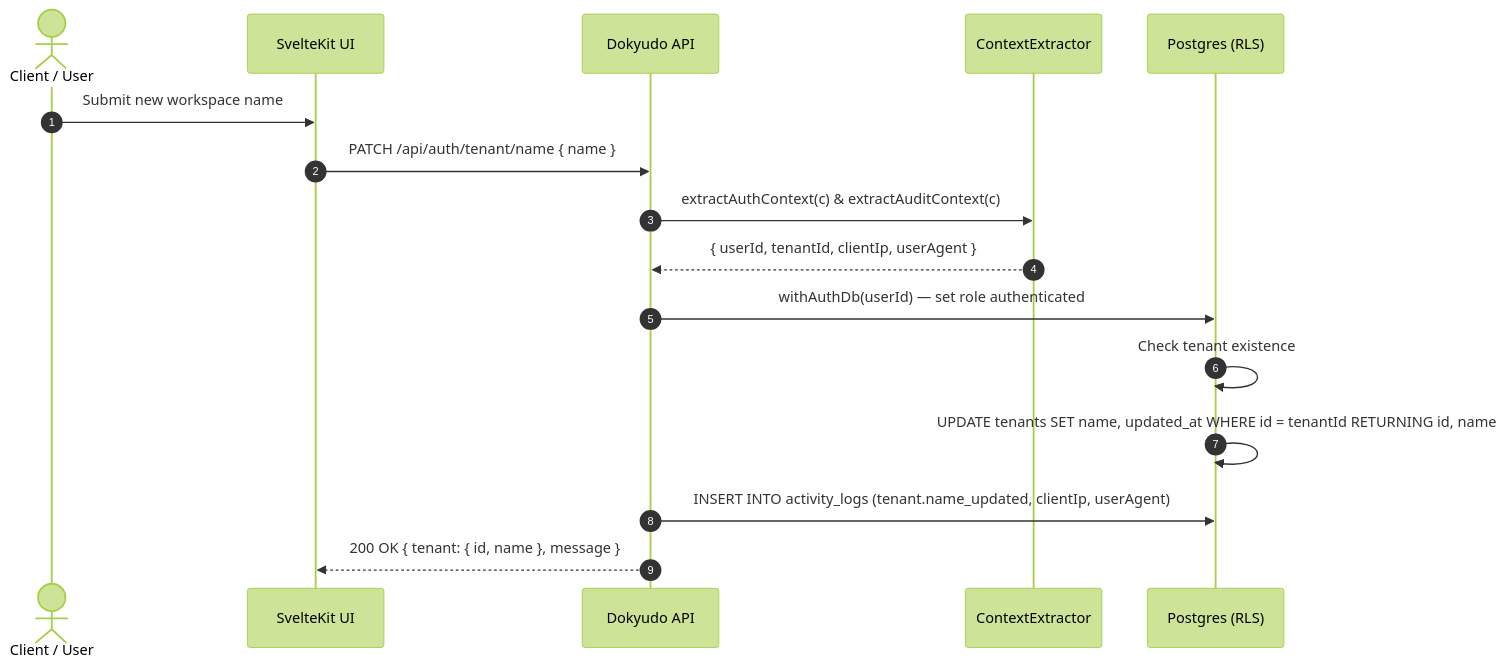
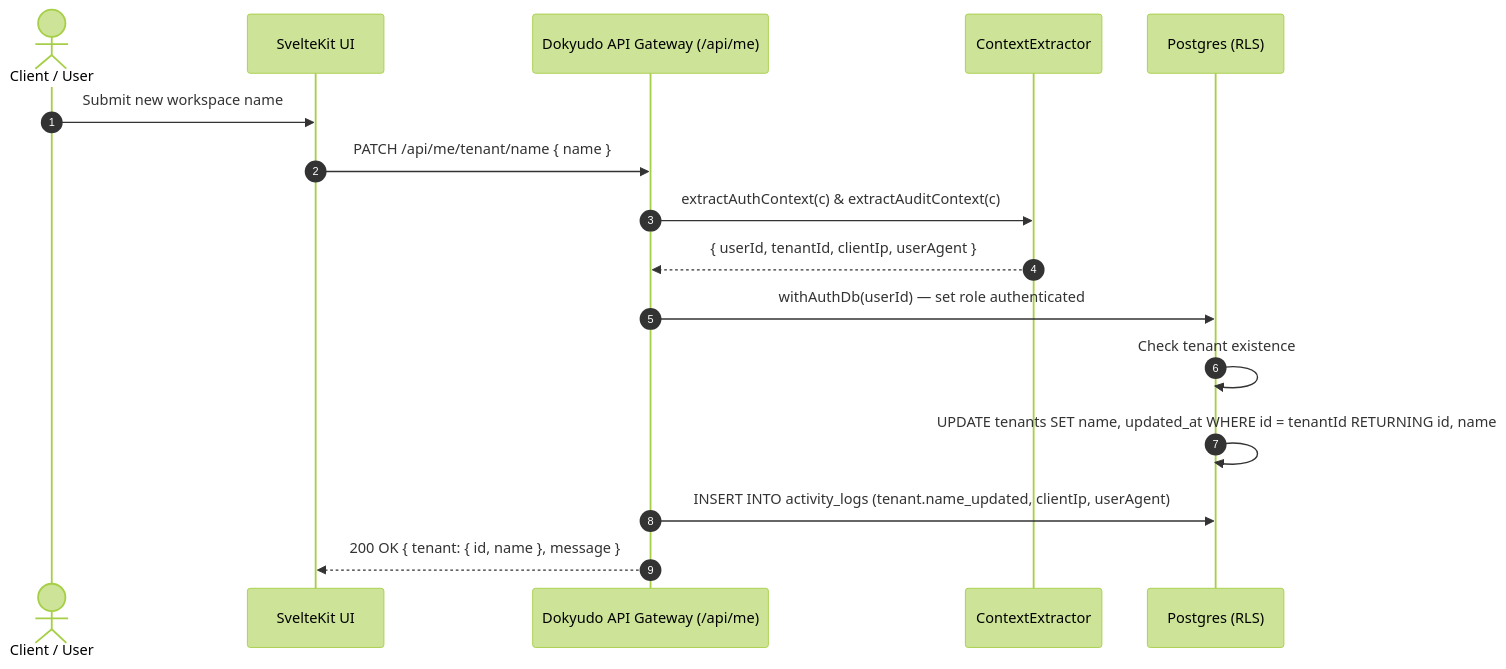
The diagram in docs/features/update-tenant-name.md (kanzhamada/Dokyudo), drawn with Mermaid (forest theme) before and after one commit. The commit also changed other lines of this file and 67 other files, not shown here.

Commit message:
Refactor auth modules into dedicated `/api/me` and `/api/oauth` paths, move account deletion into MeService, and add SIMULATE tier abuse prevention via pseudonymized email hash

````diff
--- a/docs/features/update-tenant-name.md
+++ b/docs/features/update-tenant-name.md
@@ -15,21 +17,21 @@
 ```mermaid
 sequenceDiagram
     autonumber
     actor User as Client / User
     participant Frontend as SvelteKit UI
-    participant Backend as Dokyudo API
+    participant Backend as Dokyudo API Gateway (/api/me)
     participant Extractor as ContextExtractor
     participant DB as Postgres (RLS)
 
     User->>Frontend: Submit new workspace name
-    Frontend->>Backend: PATCH /api/auth/tenant/name { name }
+    Frontend->>Backend: PATCH /api/me/tenant/name { name }
     Backend->>Extractor: extractAuthContext(c) & extractAuditContext(c)
     Extractor-->>Backend: { userId, tenantId, clientIp, userAgent }
 
     Backend->>DB: withAuthDb(userId) — set role authenticated
     DB->>DB: Check tenant existence
     DB->>DB: UPDATE tenants SET name, updated_at WHERE id = tenantId RETURNING id, name
     Backend->>DB: INSERT INTO activity_logs (tenant.name_updated, clientIp, userAgent)
 
     Backend-->>Frontend: 200 OK { tenant: { id, name }, message }
 ```
````
